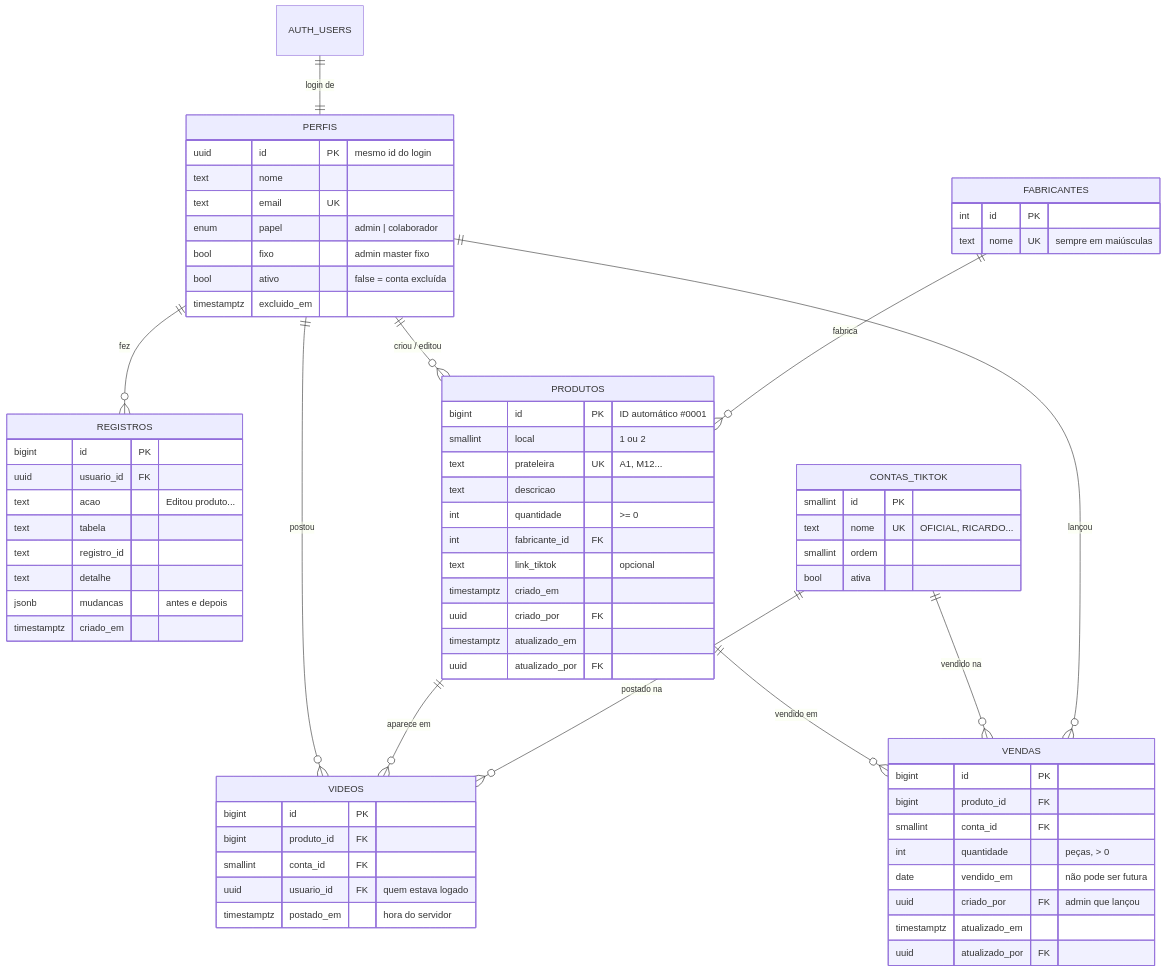
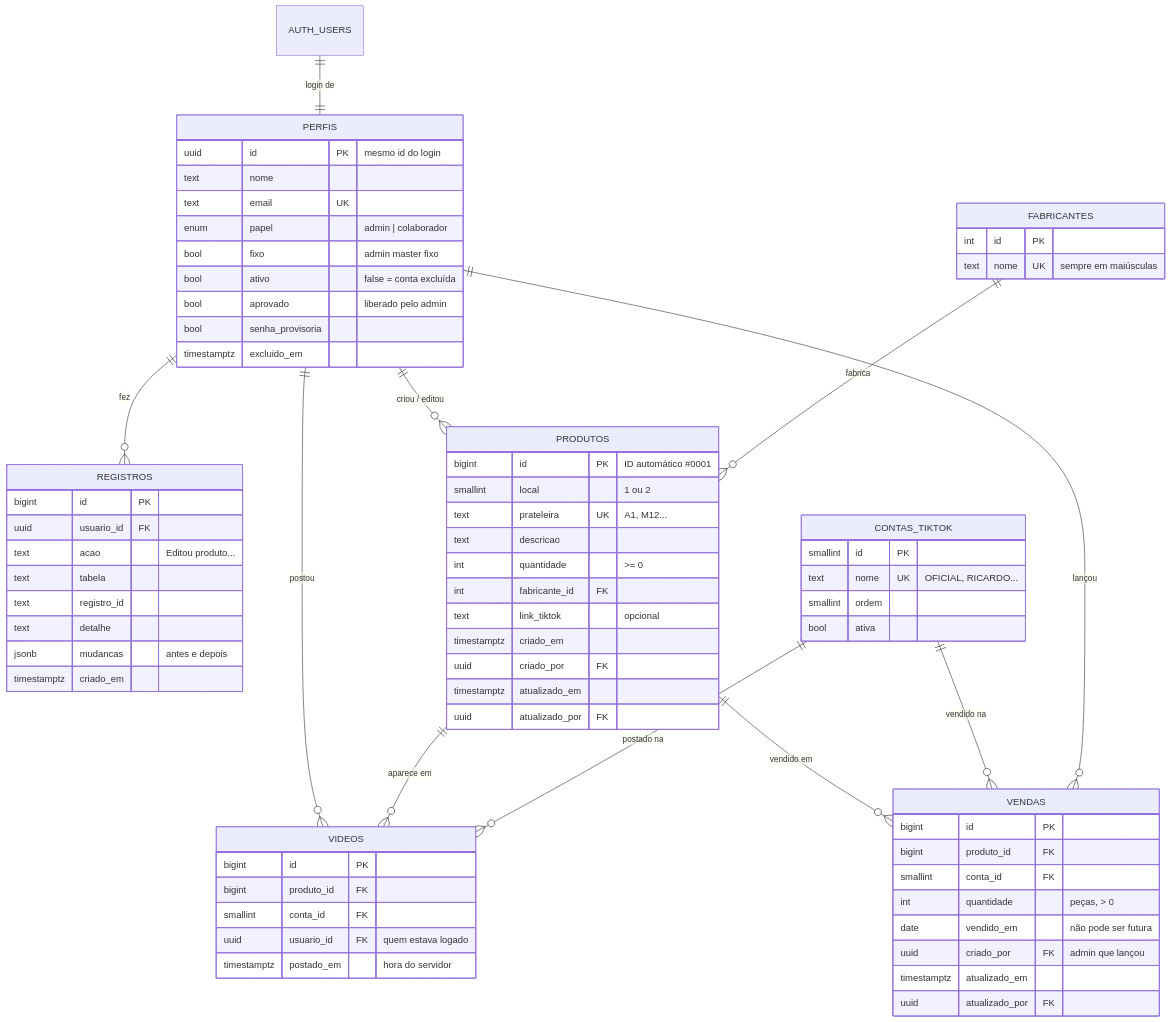
One commit to gabrieldasilva88188/casadojeansa-app-site changed the diagram in docs/banco-de-dados.md. Above: the diagram before and after it, drawn with Mermaid. The commit also changed other lines of this file and 12 other files, not shown here.

````diff
--- a/docs/banco-de-dados.md
+++ b/docs/banco-de-dados.md
@@ -13,73 +13,75 @@
 ```mermaid
 erDiagram
   AUTH_USERS ||--|| PERFIS : "login de"
   PERFIS ||--o{ VIDEOS : "postou"
   PERFIS ||--o{ REGISTROS : "fez"
   PERFIS ||--o{ PRODUTOS : "criou / editou"
   FABRICANTES ||--o{ PRODUTOS : "fabrica"
   PRODUTOS ||--o{ VIDEOS : "aparece em"
   CONTAS_TIKTOK ||--o{ VIDEOS : "postado na"
   PRODUTOS ||--o{ VENDAS : "vendido em"
   CONTAS_TIKTOK ||--o{ VENDAS : "vendido na"
   PERFIS ||--o{ VENDAS : "lançou"
 
   PERFIS {
     uuid id PK "mesmo id do login"
     text nome
     text email UK
     enum papel "admin | colaborador"
     bool fixo "admin master fixo"
     bool ativo "false = conta excluída"
+    bool aprovado "liberado pelo admin"
+    bool senha_provisoria
     timestamptz excluido_em
   }
   CONTAS_TIKTOK {
     smallint id PK
     text nome UK "OFICIAL, RICARDO..."
     smallint ordem
     bool ativa
   }
   FABRICANTES {
     int id PK
     text nome UK "sempre em maiúsculas"
   }
   PRODUTOS {
     bigint id PK "ID automático #0001"
     smallint local "1 ou 2"
     text prateleira UK "A1, M12..."
     text descricao
     int quantidade ">= 0"
     int fabricante_id FK
     text link_tiktok "opcional"
     timestamptz criado_em
     uuid criado_por FK
     timestamptz atualizado_em
     uuid atualizado_por FK
   }
   VIDEOS {
     bigint id PK
     bigint produto_id FK
     smallint conta_id FK
     uuid usuario_id FK "quem estava logado"
     timestamptz postado_em "hora do servidor"
   }
   VENDAS {
     bigint id PK
     bigint produto_id FK
     smallint conta_id FK
     int quantidade "peças, > 0"
     date vendido_em "não pode ser futura"
     uuid criado_por FK "admin que lançou"
     timestamptz atualizado_em
     uuid atualizado_por FK
   }
   REGISTROS {
     bigint id PK
     uuid usuario_id FK
     text acao "Editou produto..."
     text tabela
     text registro_id
     text detalhe
     jsonb mudancas "antes e depois"
     timestamptz criado_em
   }
 ```
````
